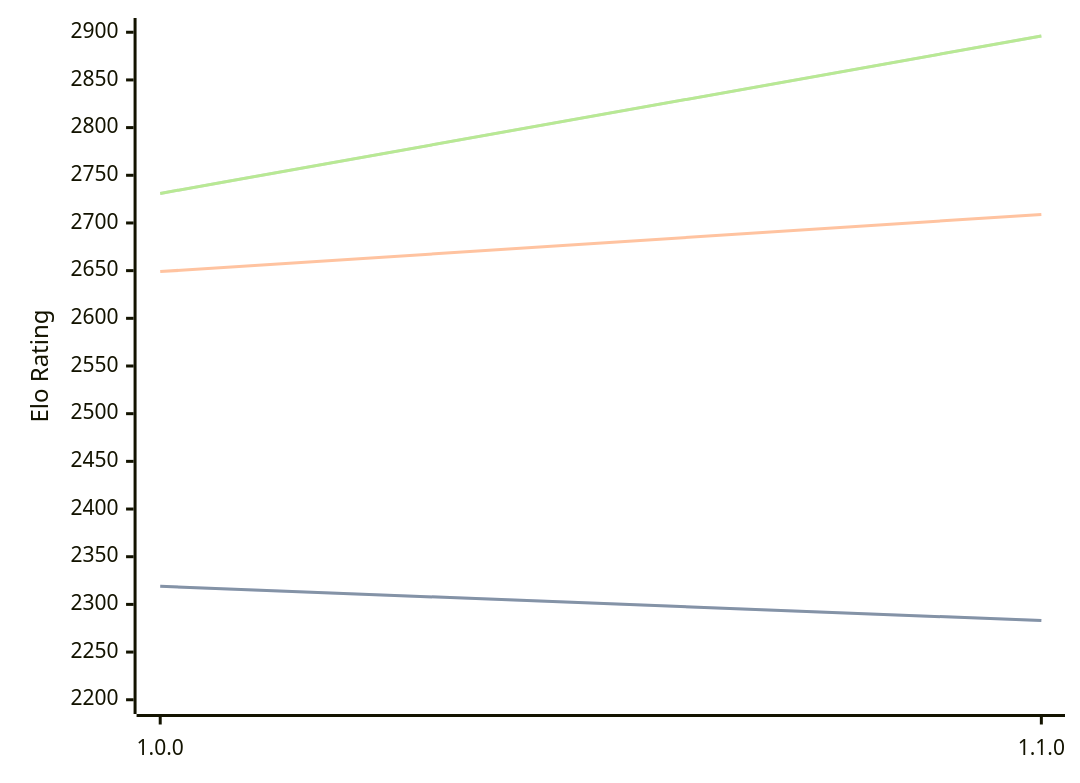
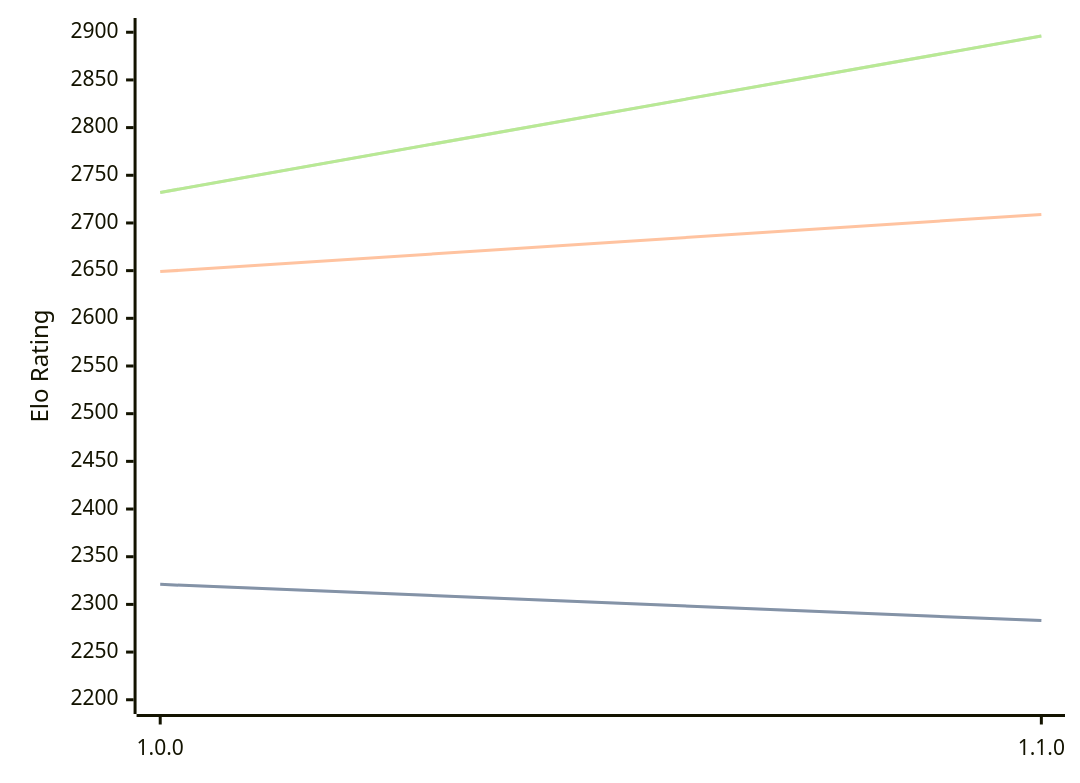
Before and after one commit to computer-chess-index/cci: the third of 3 diagrams in engines/ShallowGuess.md, drawn with Mermaid. The commit also changed other lines of this file, not shown here.

Commit message:
Update CCI Ratings (ELO VLTC) - 2026-06-23

````diff
--- a/engines/ShallowGuess.md
+++ b/engines/ShallowGuess.md
@@ -69,11 +69,11 @@
 ```mermaid
 %%{init: {"theme":"base","themeVariables":{"seriesColors:['#a3a3a3','#222221','#faa371']}}}%%
 xychart-beta
   x-axis ["1.0.0", "1.1.0"]
   y-axis "Elo Rating" 2200 --> 2900
-  line "STC (8.0+0.08s)" [2319, 2283]
-  line "STC (8.0+0.08s)" [2319, 2283]
+  line "STC (8.0+0.08s)" [2321, 2283]
+  line "STC (8.0+0.08s)" [2321, 2283]
   line "LTC (60.0+0.60s)" [2649, 2709]
-  line "VLTC (2m24s+1.12s)" [2731, 2896]
-  line "VLTC (2m24s+1.12s)" [2731, 2896]
+  line "VLTC (2m24s+1.12s)" [2732, 2896]
+  line "VLTC (2m24s+1.12s)" [2732, 2896]
 ```
````
